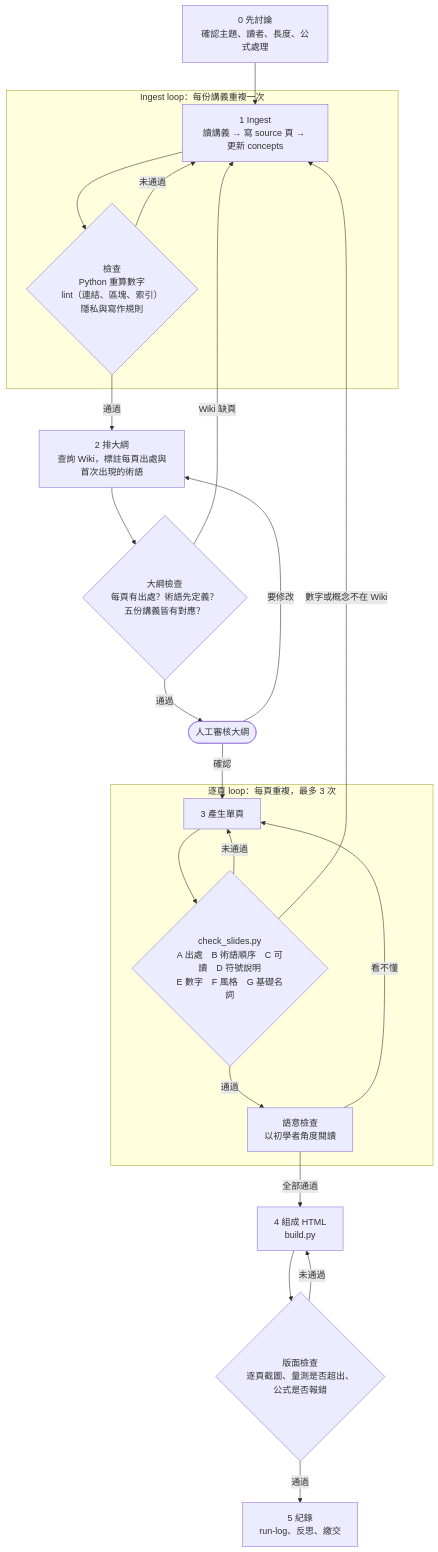
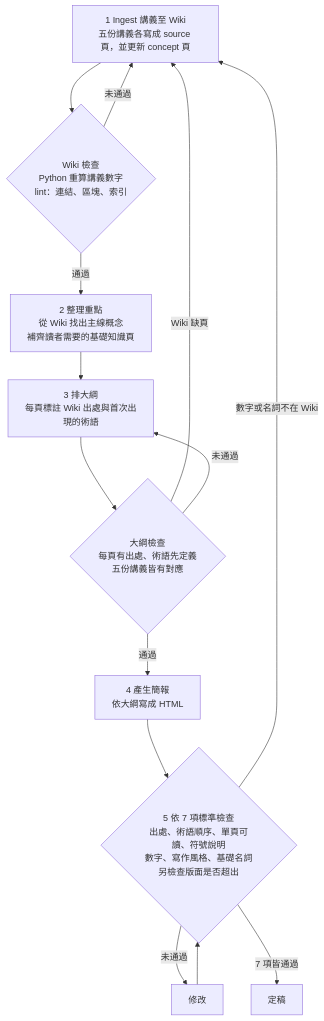
One commit to shannon2561/FE-Wiki-Slide changed the diagram in option-slides/docs/03-workflow.md. Above: the diagram before and after it, drawn with Mermaid. The commit also changed other lines of this file, not shown here.

Commit message:
流程圖改為五步驟，補上檢查輪次與退回 Wiki 的紀錄

````diff
--- a/option-slides/docs/03-workflow.md
+++ b/option-slides/docs/03-workflow.md
@@ -5,25 +5,16 @@
 ```mermaid
 flowchart TD
-    N0["0 先討論<br/>確認主題、讀者、長度、公式處理"] --> N1
-    subgraph LOOP1 ["Ingest loop：每份講義重複一次"]
-        N1["1 Ingest<br/>讀講義 → 寫 source 頁 → 更新 concepts"] --> K1{"檢查<br/>Python 重算數字<br/>lint（連結、區塊、索引）<br/>隱私與寫作規則"}
-        K1 -- 未通過 --> N1
-    end
-    K1 -- 通過 --> N2["2 排大綱<br/>查詢 Wiki，標註每頁出處與首次出現的術語"]
-    N2 --> K2{"大綱檢查<br/>每頁有出處？術語先定義？<br/>五份講義皆有對應？"}
-    K2 -- Wiki 缺頁 --> N1
-    K2 -- 通過 --> H1(["人工審核大綱"])
-    H1 -- 要修改 --> N2
-    H1 -- 確認 --> N3
-    subgraph LOOP2 ["逐頁 loop：每頁重複，最多 3 次"]
-        N3["3 產生單頁"] --> K3{"check_slides.py<br/>A 出處　B 術語順序　C 可讀　D 符號說明<br/>E 數字　F 風格　G 基礎名詞"}
-        K3 -- 未通過 --> N3
-        K3 -- 通過 --> S3["語意檢查<br/>以初學者角度閱讀"]
-        S3 -- 看不懂 --> N3
-    end
-    K3 -- 數字或概念不在 Wiki --> N1
-    S3 -- 全部通過 --> N4["4 組成 HTML<br/>build.py"]
-    N4 --> K4{"版面檢查<br/>逐頁截圖、量測是否超出、公式是否報錯"}
-    K4 -- 未通過 --> N4
-    K4 -- 通過 --> N5["5 紀錄<br/>run-log、反思、繳交"]
+    N1["1 Ingest 講義至 Wiki<br/>五份講義各寫成 source 頁，並更新 concept 頁"] --> K1{"Wiki 檢查<br/>Python 重算講義數字<br/>lint：連結、區塊、索引"}
+    K1 -- 未通過 --> N1
+    K1 -- 通過 --> N2["2 整理重點<br/>從 Wiki 找出主線概念<br/>補齊讀者需要的基礎知識頁"]
+    N2 --> N3["3 排大綱<br/>每頁標註 Wiki 出處與首次出現的術語"]
+    N3 --> K3{"大綱檢查<br/>每頁有出處、術語先定義<br/>五份講義皆有對應"}
+    K3 -- Wiki 缺頁 --> N1
+    K3 -- 未通過 --> N3
+    K3 -- 通過 --> N4["4 產生簡報<br/>依大綱寫成 HTML"]
+    N4 --> K4{"5 依 7 項標準檢查<br/>出處、術語順序、單頁可讀、符號說明<br/>數字、寫作風格、基礎名詞<br/>另檢查版面是否超出"}
+    K4 -- 未通過 --> F4["修改"]
+    F4 --> K4
+    K4 -- 數字或名詞不在 Wiki --> N1
+    K4 -- 7 項皆通過 --> D["定稿"]
 ```
````
